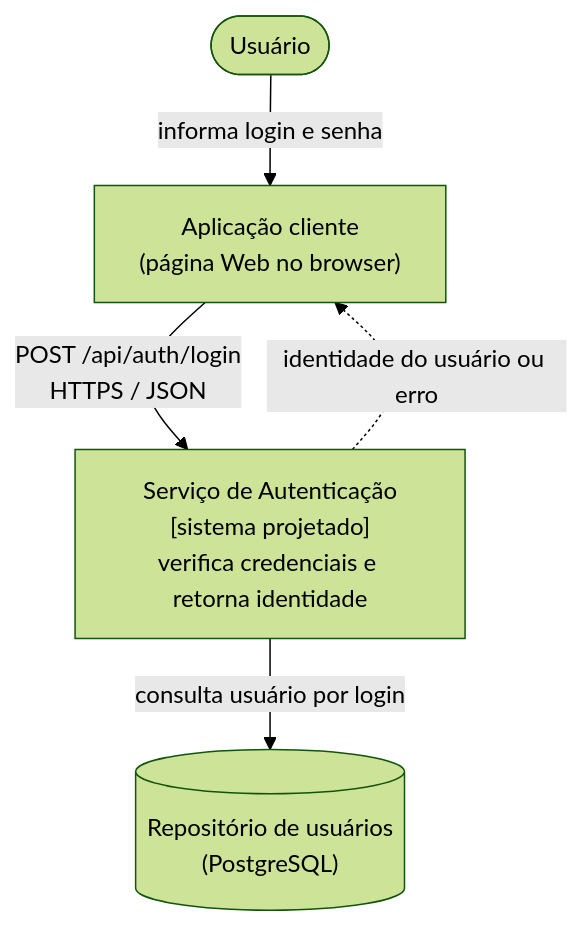
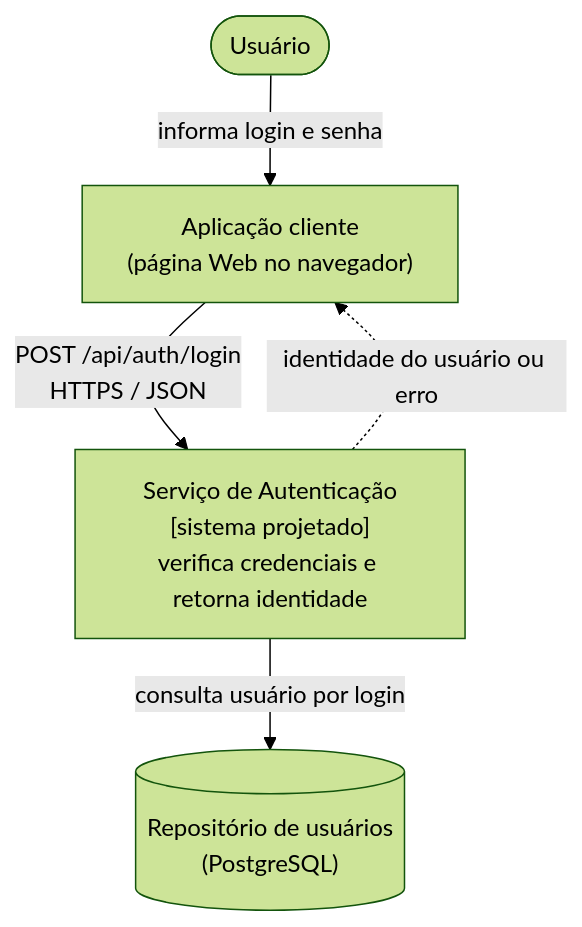
Before and after one commit to LucasRikelmi/aps-arquitetura: the diagram in aps/diagramas/fig03-contexto.mmd, drawn with Mermaid (forest theme). The commit also changed 7 other files, not shown here.

First line of the commit message:
[G7] navegador no lugar de browser nas Figuras 2, 3, 8 e 9 (D1)

```diff
--- a/aps/diagramas/fig03-contexto.mmd
+++ b/aps/diagramas/fig03-contexto.mmd
@@ -1,9 +1,9 @@
 flowchart TB
   U(["Usuário"])
-  C["Aplicação cliente<br/>(página Web no browser)"]
+  C["Aplicação cliente<br/>(página Web no navegador)"]
   S["Serviço de Autenticação<br/>[sistema projetado]<br/>verifica credenciais e retorna identidade"]
   DB[("Repositório de usuários<br/>(PostgreSQL)")]
   U -- "informa login e senha" --> C
   C -- "POST /api/auth/login<br/>HTTPS / JSON" --> S
   S -- "consulta usuário por login" --> DB
   S -. "identidade do usuário ou erro" .-> C
```
